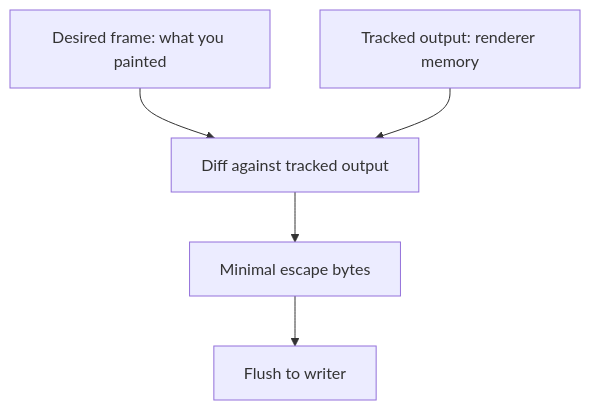
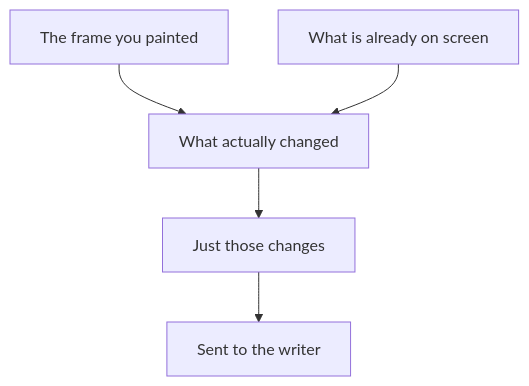
One commit to aymanbagabas/uncurses changed the second of 2 diagrams in website/content/docs/concepts/screen.md. Above: the diagram before and after it, drawn with Mermaid. The commit also changed other lines of this file and 8 other files, not shown here.

````diff
--- a/website/content/docs/concepts/screen.md
+++ b/website/content/docs/concepts/screen.md
@@ -57,7 +57,7 @@
 ```mermaid
 flowchart TB
-  desired["Desired frame: what you painted"] --> diff["Diff against tracked output"]
-  tracked["Tracked output: renderer memory"] --> diff
-  diff --> bytes["Minimal escape bytes"]
-  bytes --> writer["Flush to writer"]
+  desired["The frame you painted"] --> diff["What actually changed"]
+  tracked["What is already on screen"] --> diff
+  diff --> bytes["Just those changes"]
+  bytes --> writer["Sent to the writer"]
 ```
````
